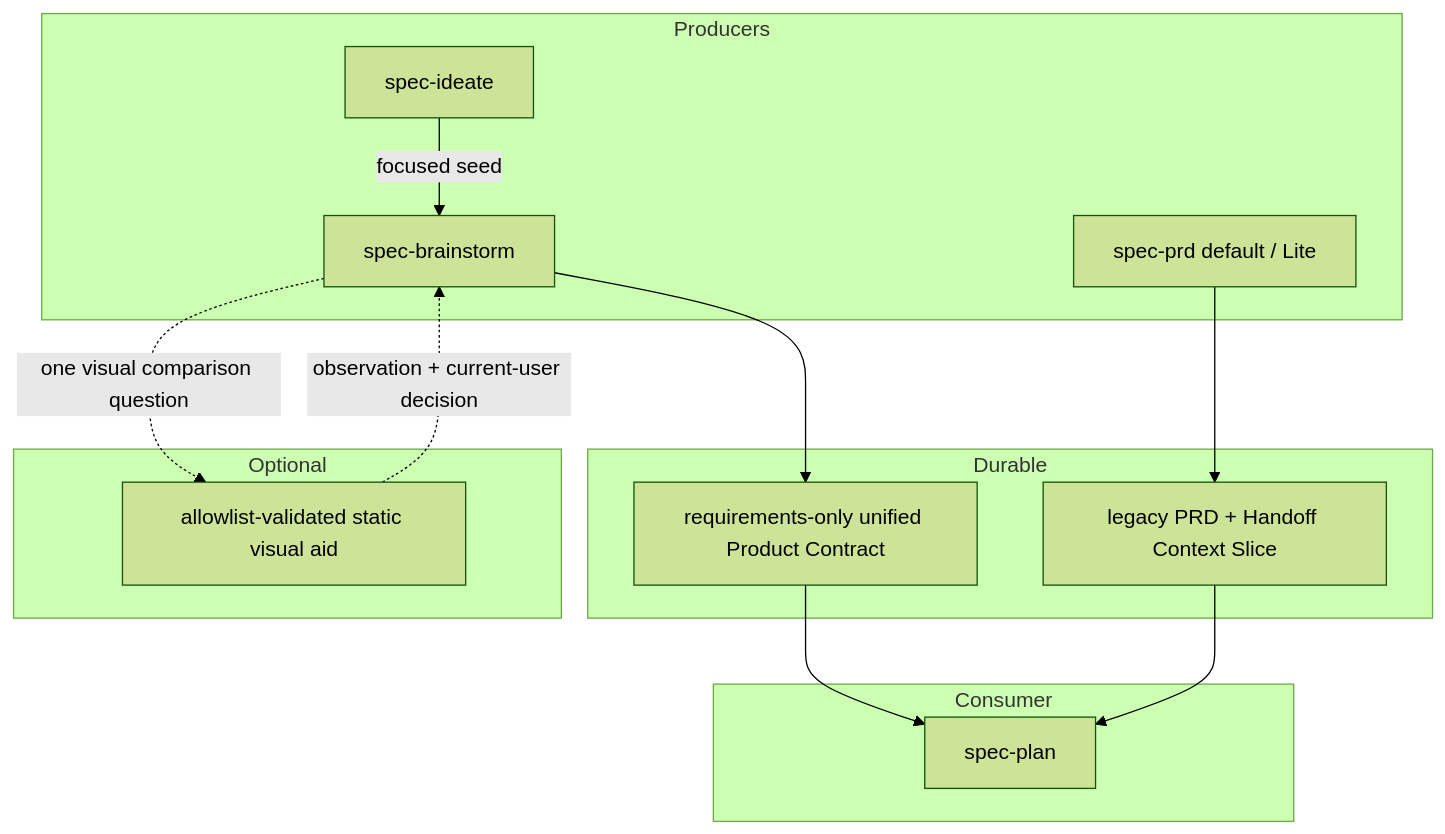
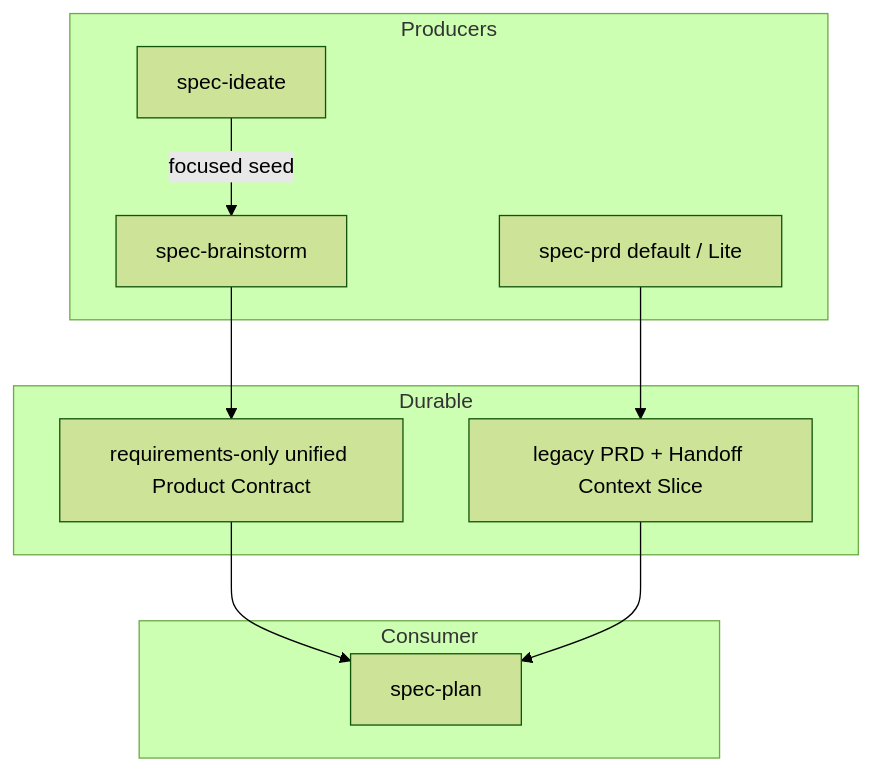
The second of 3 diagrams in docs/plans/2026-07-11-003-refactor-requirements-clarification-skills-integration-plan.md (leo-kuang-ai/spec-first), drawn with Mermaid (forest theme) before and after one commit. The commit also changed other lines of this file and 7 other files, not shown here.

````diff
--- a/docs/plans/2026-07-11-003-refactor-requirements-clarification-skills-integration-plan.md
+++ b/docs/plans/2026-07-11-003-refactor-requirements-clarification-skills-integration-plan.md
@@ -274,29 +272,23 @@
 ```mermaid
 flowchart TB
   subgraph Producers
     I[spec-ideate]
     B[spec-brainstorm]
     R[spec-prd default / Lite]
   end
 
   subgraph Durable
     U[requirements-only unified Product Contract]
     L[legacy PRD + Handoff Context Slice]
   end
 
-  subgraph Optional
-    V[allowlist-validated static visual aid]
-  end
-
   subgraph Consumer
     P[spec-plan]
   end
 
   I -->|focused seed| B
   B --> U
-  B -. one visual comparison question .-> V
-  V -. observation + current-user decision .-> B
   R --> L
   U --> P
   L --> P
 ```
````
